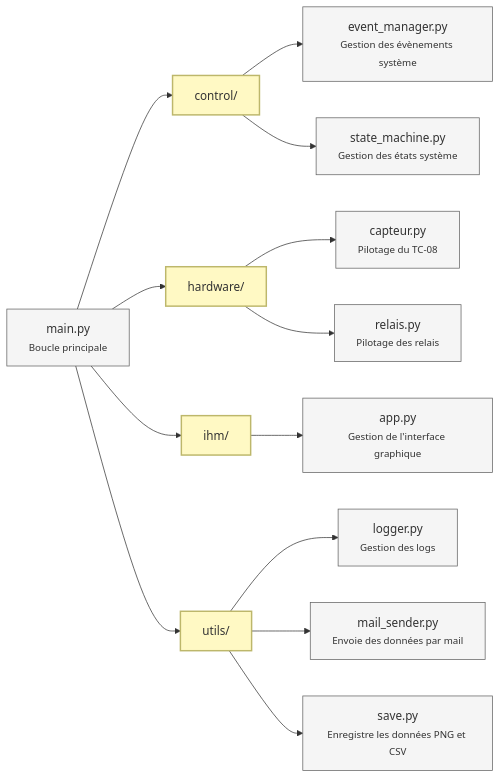
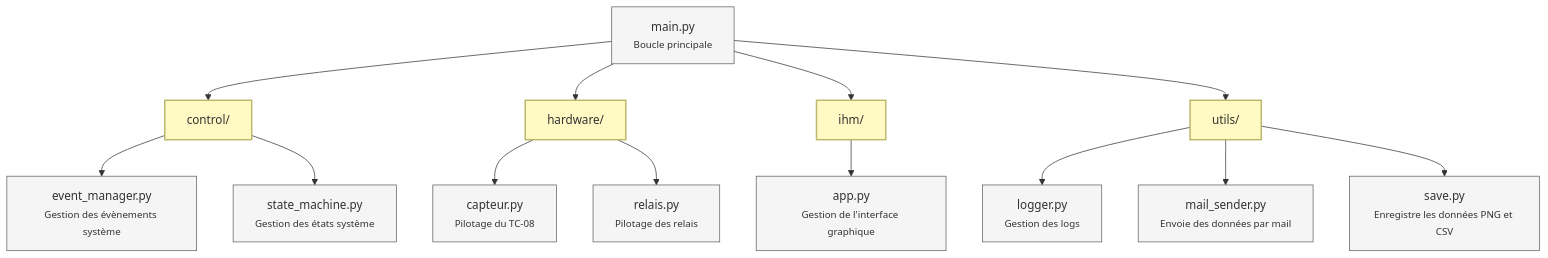
One commit to Mathieu-GRSSN/etuve-HALCYON changed the first of 2 diagrams in README.md. Above: the diagram before and after it, drawn with Mermaid. The commit also changed other lines of this file, not shown here.

````diff
--- a/README.md
+++ b/README.md
@@ -85,29 +83,29 @@
 ```mermaid
-flowchart LR
+flowchart TD
 
     classDef folder fill:#FFF9C4,stroke:#BDB76B,stroke-width:2px;
     classDef file fill:#F5F5F5,stroke:#616161,stroke-width:1px;
 
     MAIN[main.py<br/><small>Boucle principale</small>]
 
     MAIN --> CONTROL[control/]
     MAIN --> HARDWARE[hardware/]
     MAIN --> IHM[ihm/]
     MAIN --> UTILS[utils/]
 
     CONTROL --> EVENT[event_manager.py<br/><small>Gestion des évènements système</small>]
     CONTROL --> STATE[state_machine.py<br/><small>Gestion des états système</small>]
 
     HARDWARE --> CAPTEUR[capteur.py<br/><small>Pilotage du TC-08</small>]
     HARDWARE --> RELAIS[relais.py<br/><small>Pilotage des relais</small>]
 
     IHM --> APP[app.py<br/><small>Gestion de l'interface graphique</small>]
 
     UTILS --> LOGGER[logger.py<br/><small>Gestion des logs</small>]
     UTILS --> SEND[mail_sender.py<br/><small>Envoie des données par mail</small>]
     UTILS --> SAVE[save.py<br/><small>Enregistre les données PNG et CSV</small>]
 
     class CONTROL,HARDWARE,IHM,UTILS folder;
     class MAIN,EVENT,STATE,CAPTEUR,RELAIS,APP,LOGGER,SEND,SAVE file;
 
 ```
````
